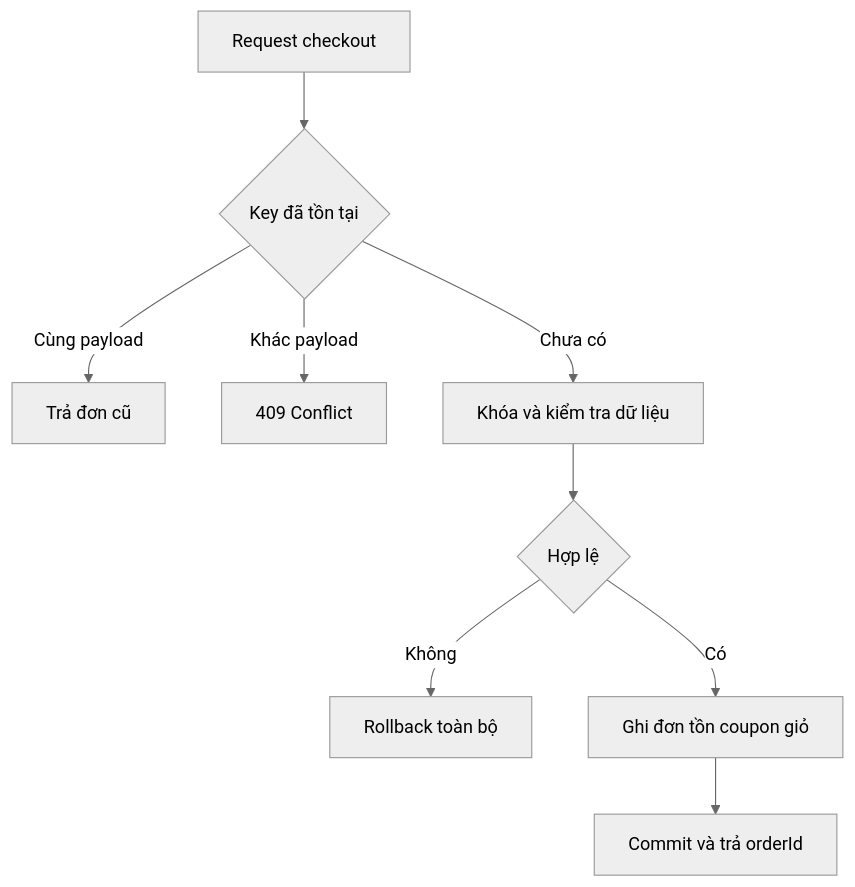
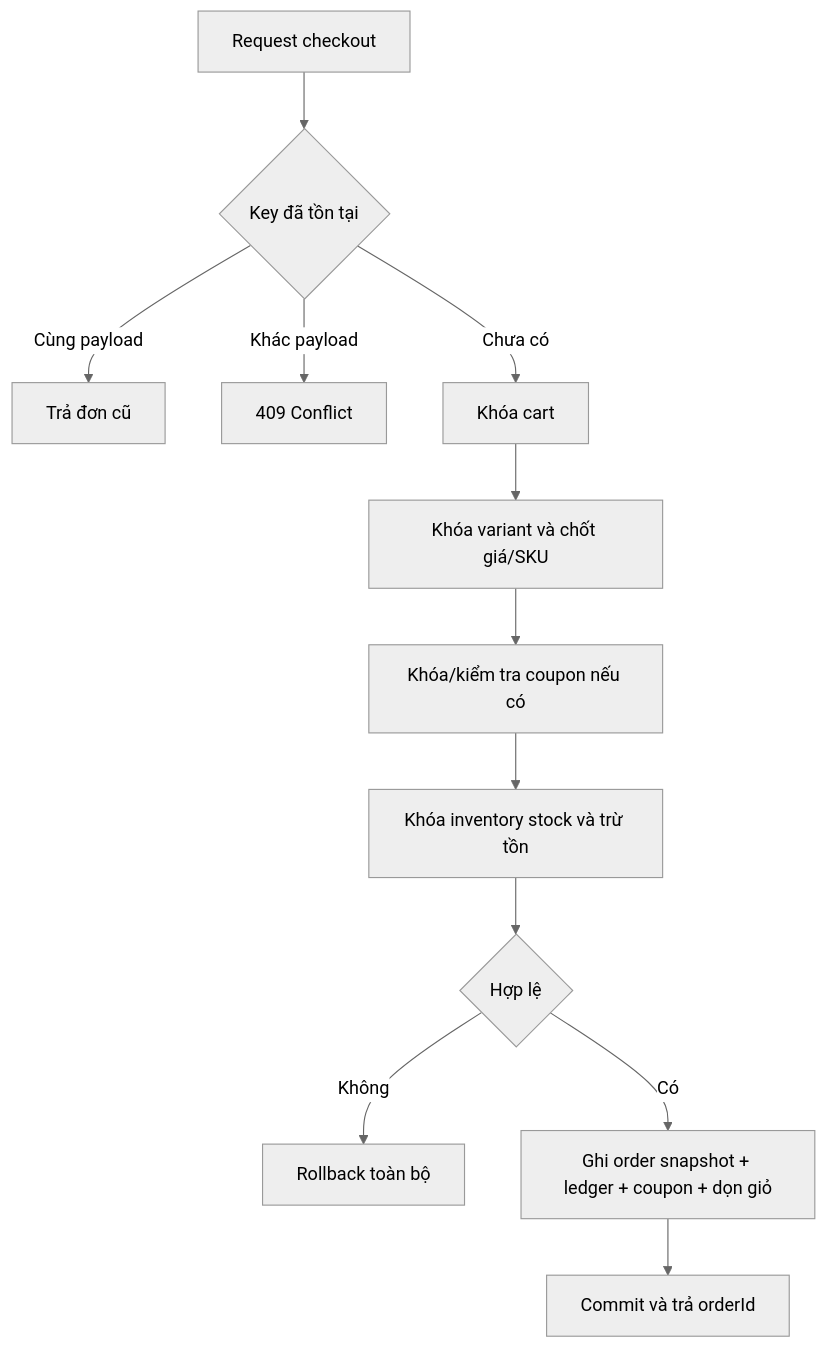
One commit to phananhkhang/LaptopStore changed the diagram in backend/docs/architecture/06-business-flows.md. Above: the diagram before and after it, drawn with Mermaid (neutral theme). The commit also changed other lines of this file and 21 other files, not shown here.

First line of the commit message:
Add ArchUnit rules and refresh architecture docs

````diff
--- a/backend/docs/architecture/06-business-flows.md
+++ b/backend/docs/architecture/06-business-flows.md
@@ -15,11 +15,14 @@
 ```mermaid
 flowchart TD
     Request[Request checkout] --> Existing{Key đã tồn tại}
     Existing -->|Cùng payload| Previous[Trả đơn cũ]
     Existing -->|Khác payload| Conflict[409 Conflict]
-    Existing -->|Chưa có| Validate[Khóa và kiểm tra dữ liệu]
-    Validate --> Valid{Hợp lệ}
+    Existing -->|Chưa có| Cart[Khóa cart]
+    Cart --> Catalog[Khóa variant và chốt giá/SKU]
+    Catalog --> Coupon[Khóa/kiểm tra coupon nếu có]
+    Coupon --> Stock[Khóa inventory stock và trừ tồn]
+    Stock --> Valid{Hợp lệ}
     Valid -->|Không| Rollback[Rollback toàn bộ]
-    Valid -->|Có| Save[Ghi đơn tồn coupon giỏ]
+    Valid -->|Có| Save[Ghi order snapshot + ledger + coupon + dọn giỏ]
     Save --> Commit[Commit và trả orderId]
 ```
````
